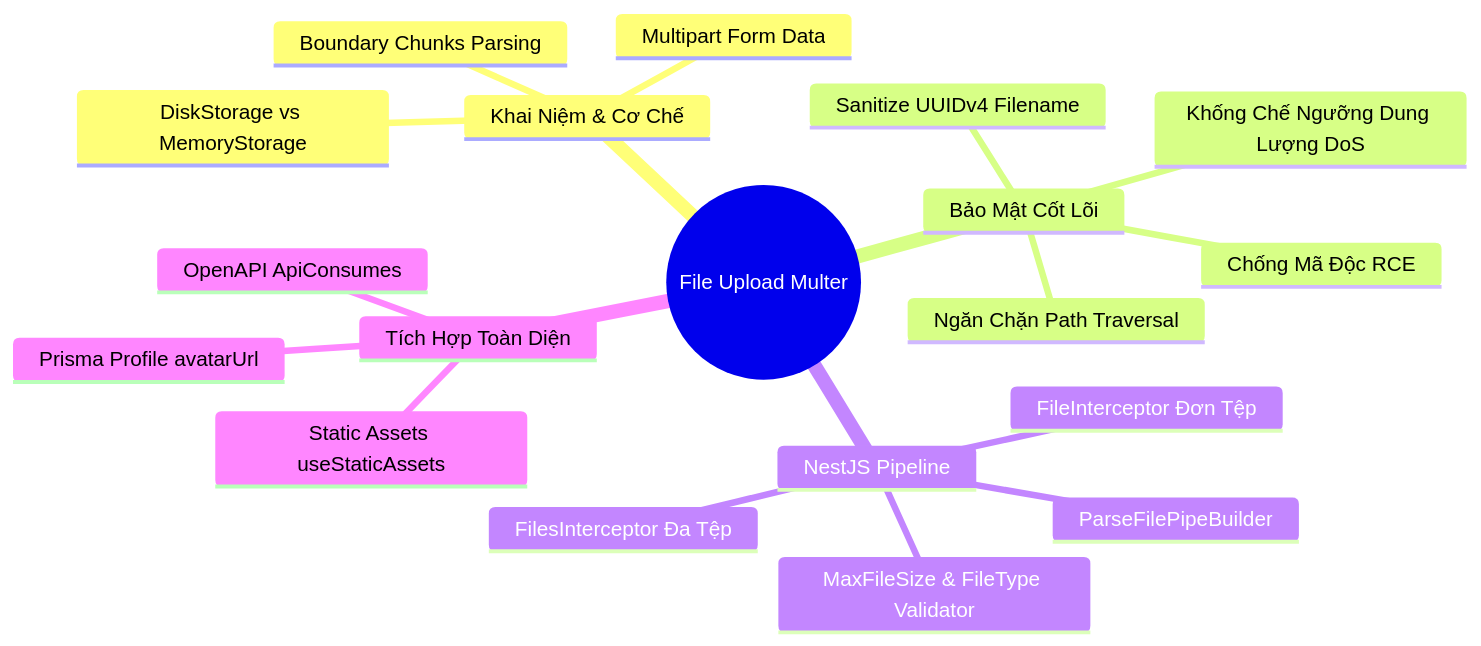
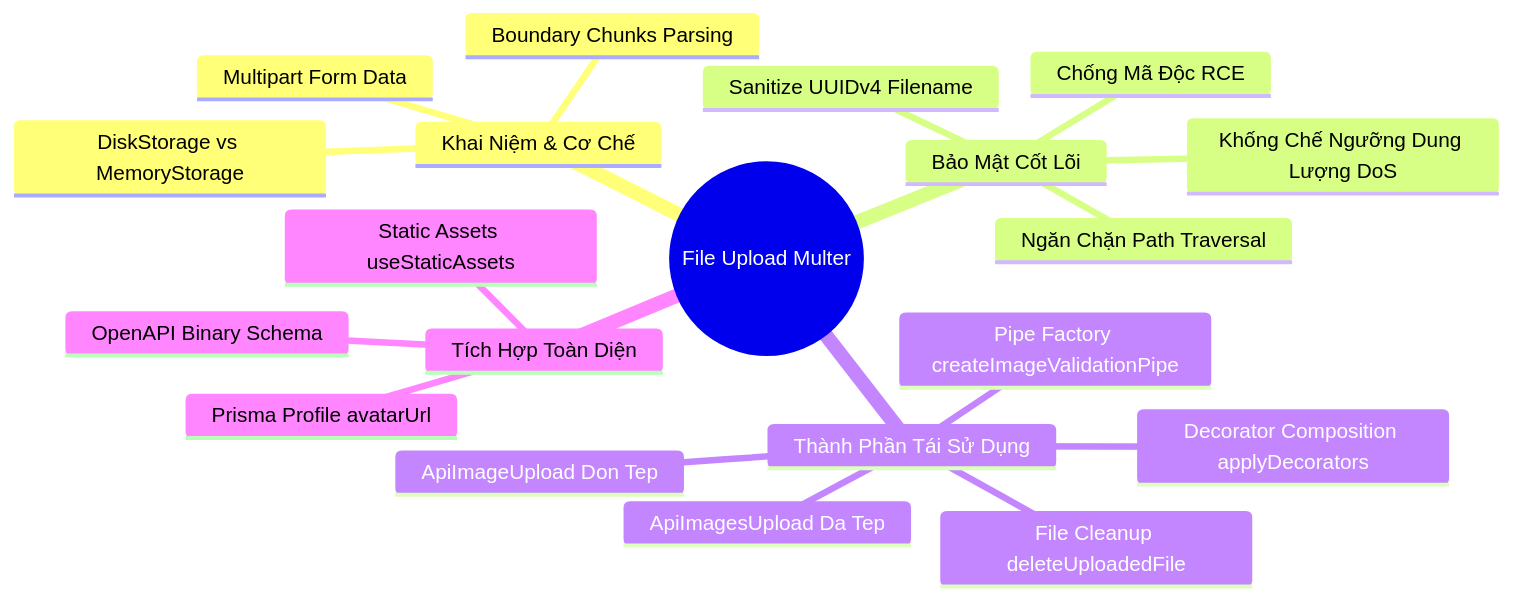
Before and after one commit to thanhmati/nestjs-basic-course: the diagram in docs/modules/module-05/lesson-5.3/lesson-5.3.md, drawn with Mermaid. The commit also changed other lines of this file, not shown here.

````diff
--- a/docs/modules/module-05/lesson-5.3/lesson-5.3.md
+++ b/docs/modules/module-05/lesson-5.3/lesson-5.3.md
@@ -540,22 +622,23 @@
 ```mermaid
 mindmap
   root((File Upload Multer))
     Khai Niệm & Cơ Chế
       Multipart Form Data
       Boundary Chunks Parsing
       DiskStorage vs MemoryStorage
     Bảo Mật Cốt Lõi
       Sanitize UUIDv4 Filename
       Ngăn Chặn Path Traversal
       Chống Mã Độc RCE
       Khống Chế Ngưỡng Dung Lượng DoS
-    NestJS Pipeline
-      FileInterceptor Đơn Tệp
-      FilesInterceptor Đa Tệp
-      ParseFilePipeBuilder
-      MaxFileSize & FileType Validator
+    Thành Phần Tái Sử Dụng
+      Decorator Composition applyDecorators
+      ApiImageUpload Don Tep
+      ApiImagesUpload Da Tep
+      Pipe Factory createImageValidationPipe
+      File Cleanup deleteUploadedFile
     Tích Hợp Toàn Diện
-      OpenAPI ApiConsumes
+      OpenAPI Binary Schema
       Static Assets useStaticAssets
       Prisma Profile avatarUrl
 ```
````
